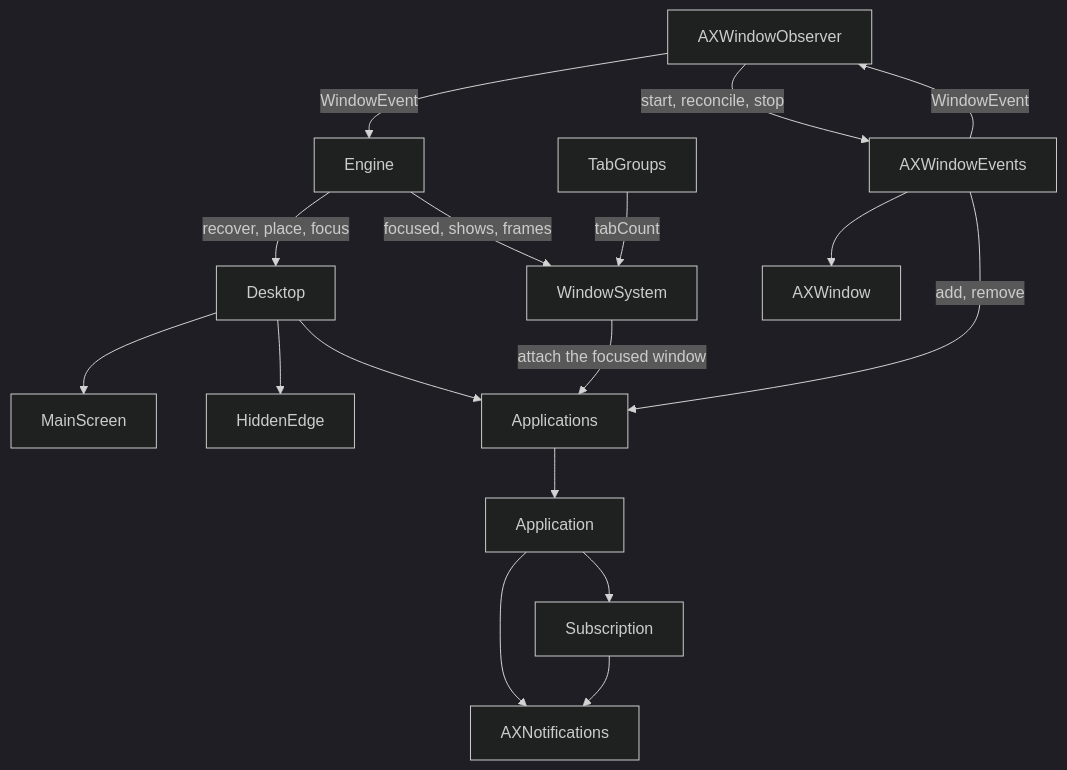
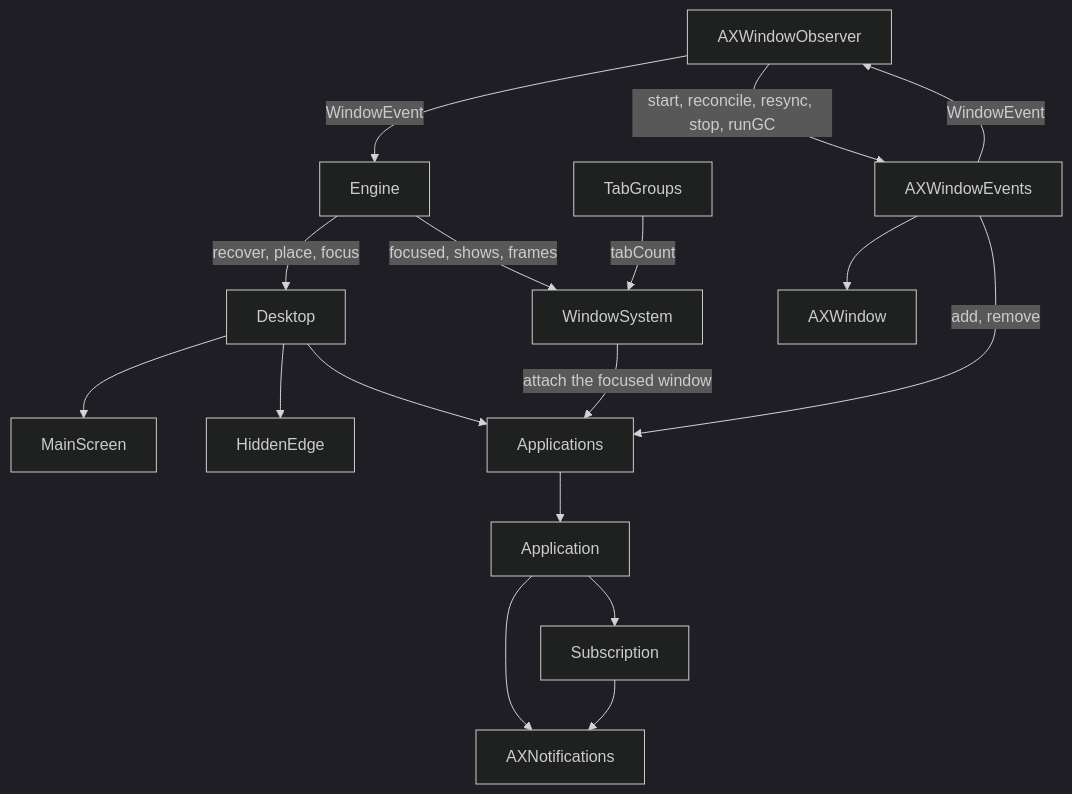
The fifth of 18 diagrams in ARCHITECTURE.md (brennovich/ottowm), drawn with Mermaid (dark theme) before and after one commit. The commit also changed other lines of this file and 7 other files, not shown here.

````diff
--- a/ARCHITECTURE.md
+++ b/ARCHITECTURE.md
@@ -133,19 +133,19 @@
 ```mermaid
 flowchart TB
     Engine -->|recover, place, focus| Desktop
     Engine -->|focused, shows, frames| WindowSystem
     TabGroups -->|tabCount| WindowSystem
     AXWindowObserver -->|WindowEvent| Engine
     Desktop --> MainScreen
     Desktop --> HiddenEdge
     Desktop --> Applications
     WindowSystem -->|attach the focused window| Applications
-    AXWindowObserver -->|start, reconcile, stop| AXWindowEvents
+    AXWindowObserver -->|start, reconcile, resync, stop, runGC| AXWindowEvents
     AXWindowEvents -->|WindowEvent| AXWindowObserver
     AXWindowEvents -->|add, remove| Applications
     Applications --> Application
     Application --> Subscription
     Application --> AXNotifications
     Subscription --> AXNotifications
     AXWindowEvents --> AXWindow
 ```
````
